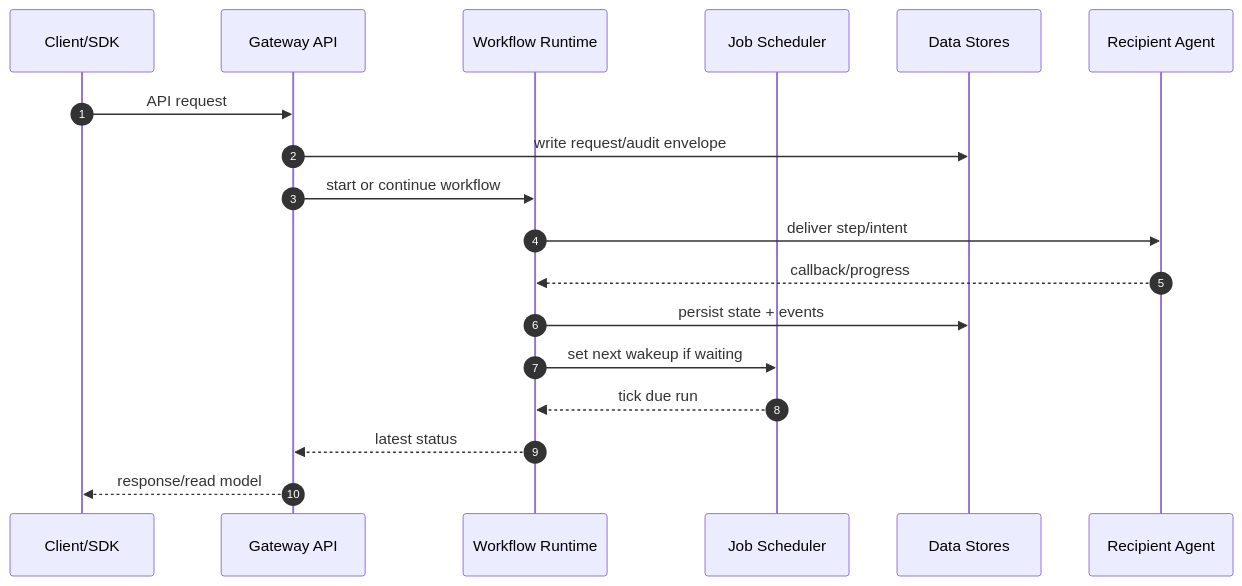
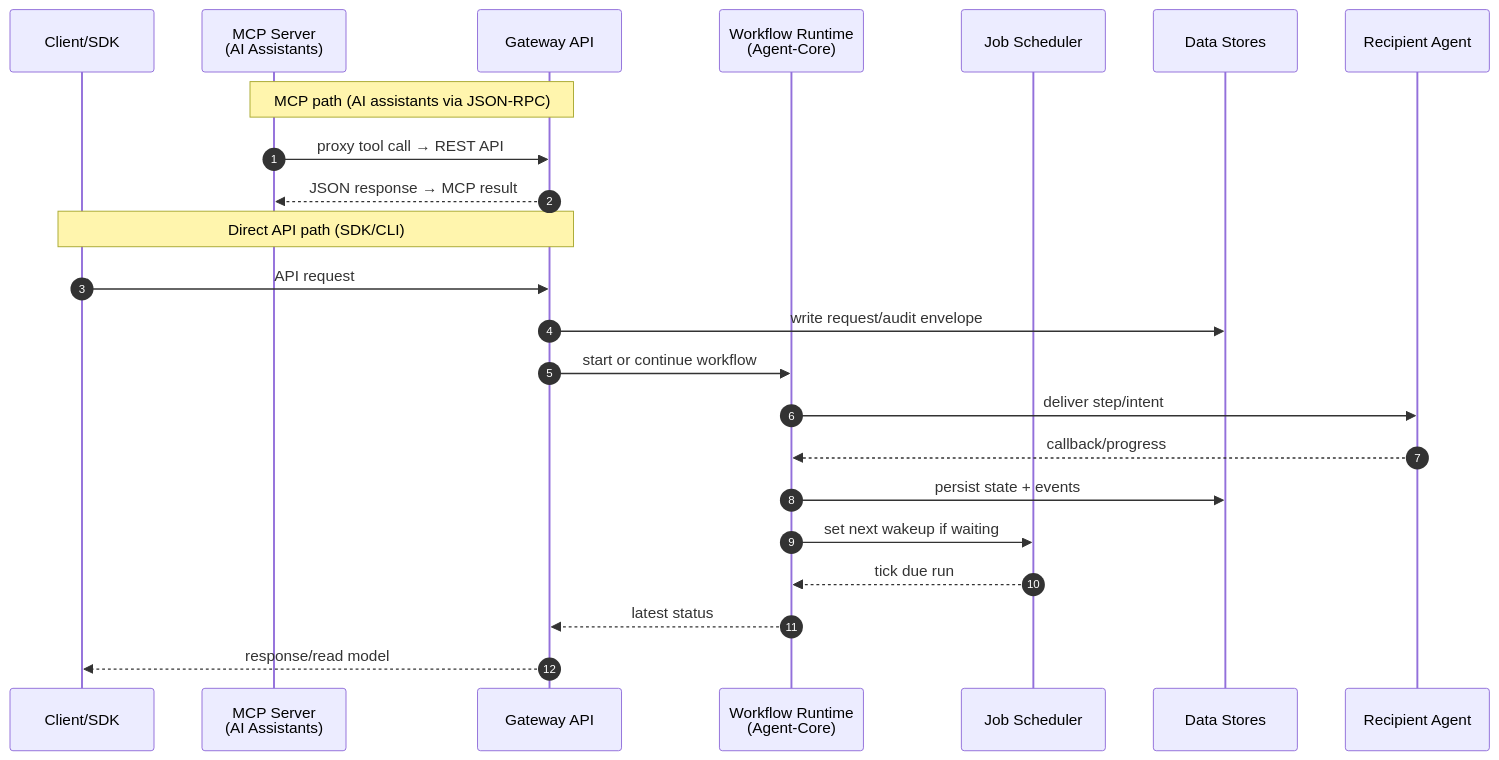
Before and after one commit to AxmeAI/axme-docs: the diagram in docs/diagrams/platform/02-container-runtime-c4.mmd, drawn with Mermaid. The commit also changed 7 other files, not shown here.

First line of the commit message:
docs: receive policy in D6, Key Documents, new diagram (#60)

```diff
--- a/docs/diagrams/platform/02-container-runtime-c4.mmd
+++ b/docs/diagrams/platform/02-container-runtime-c4.mmd
@@ -1,19 +1,25 @@
 sequenceDiagram
     autonumber
     participant C as Client/SDK
+    participant M as MCP Server<br/>(AI Assistants)
     participant G as Gateway API
-    participant W as Workflow Runtime
+    participant W as Workflow Runtime<br/>(Agent-Core)
     participant J as Job Scheduler
     participant D as Data Stores
     participant R as Recipient Agent
 
+    Note over M,G: MCP path (AI assistants via JSON-RPC)
+    M->>G: proxy tool call → REST API
+    G-->>M: JSON response → MCP result
+
+    Note over C,G: Direct API path (SDK/CLI)
     C->>G: API request
     G->>D: write request/audit envelope
     G->>W: start or continue workflow
     W->>R: deliver step/intent
     R-->>W: callback/progress
     W->>D: persist state + events
     W->>J: set next wakeup if waiting
     J-->>W: tick due run
     W-->>G: latest status
     G-->>C: response/read model
```
